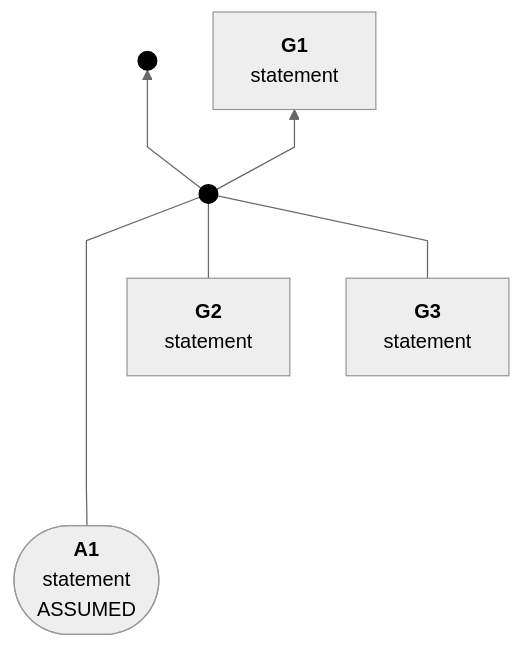
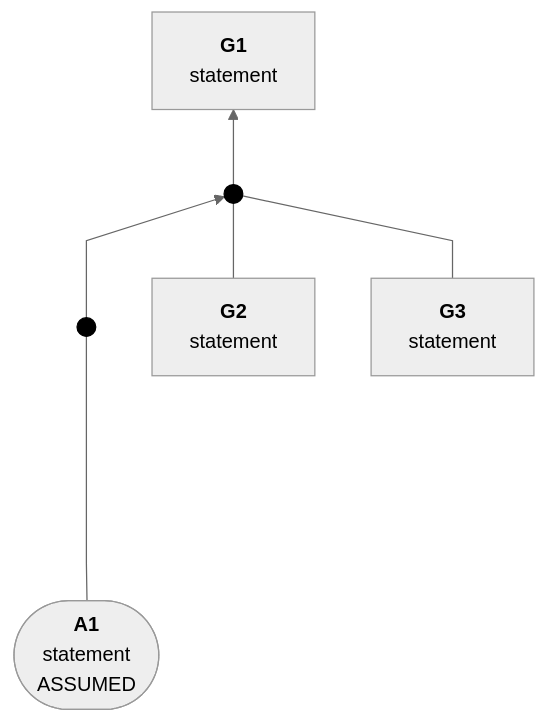
Before and after one commit to coreinfrastructure/best-practices-badge: diagram 13 of 18 in docs/sacm-mermaid.md, drawn with Mermaid. The commit also changed other lines of this file, not shown here.

Commit message:
Fix demo diagrams

````diff
--- a/docs/sacm-mermaid.md
+++ b/docs/sacm-mermaid.md
@@ -1212,26 +1212,26 @@
 ```mermaid
 ---
 config:
   theme: neutral
   flowchart:
     curve: linear
     htmlLabels: true
     rankSpacing: 60
     nodeSpacing: 45
     padding: 15
 ---
 flowchart BT
     classDef sacmDot fill:#000,stroke:#000
     G1["<b>G1</b><br>statement"]
     A1(["<b>A1</b><br>statement</b><br>ASSUMED"])
     G2["<b>G2</b><br>statement"]
     G3["<b>G3</b><br>statement"]
     Inf1((" ")):::sacmDot
     Inf2((" ")):::sacmDot
 
     A1 ----- Inf1
     Inf1 --> Inf2
-    G2 --- Inf1
-    G3 --- Inf1
-    Inf1 --> G1
+    G2 --- Inf2
+    G3 --- Inf2
+    Inf2 --> G1
 ```
````
